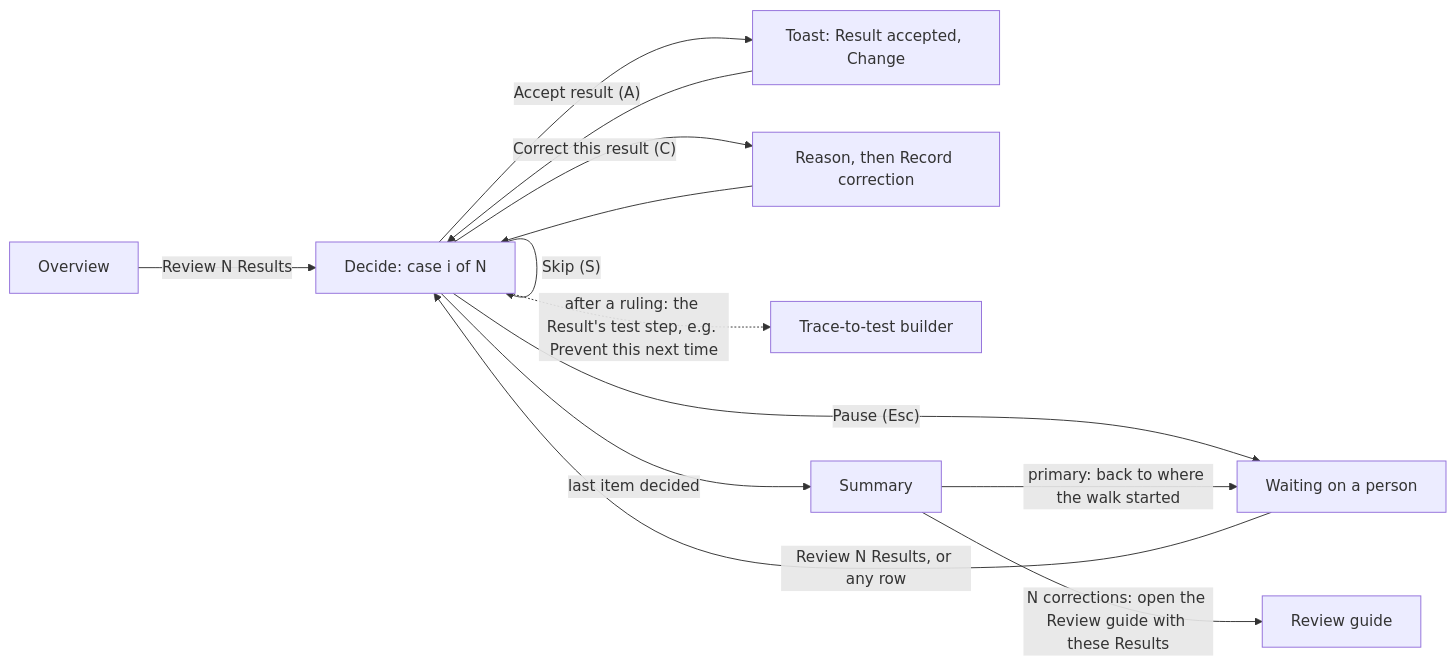
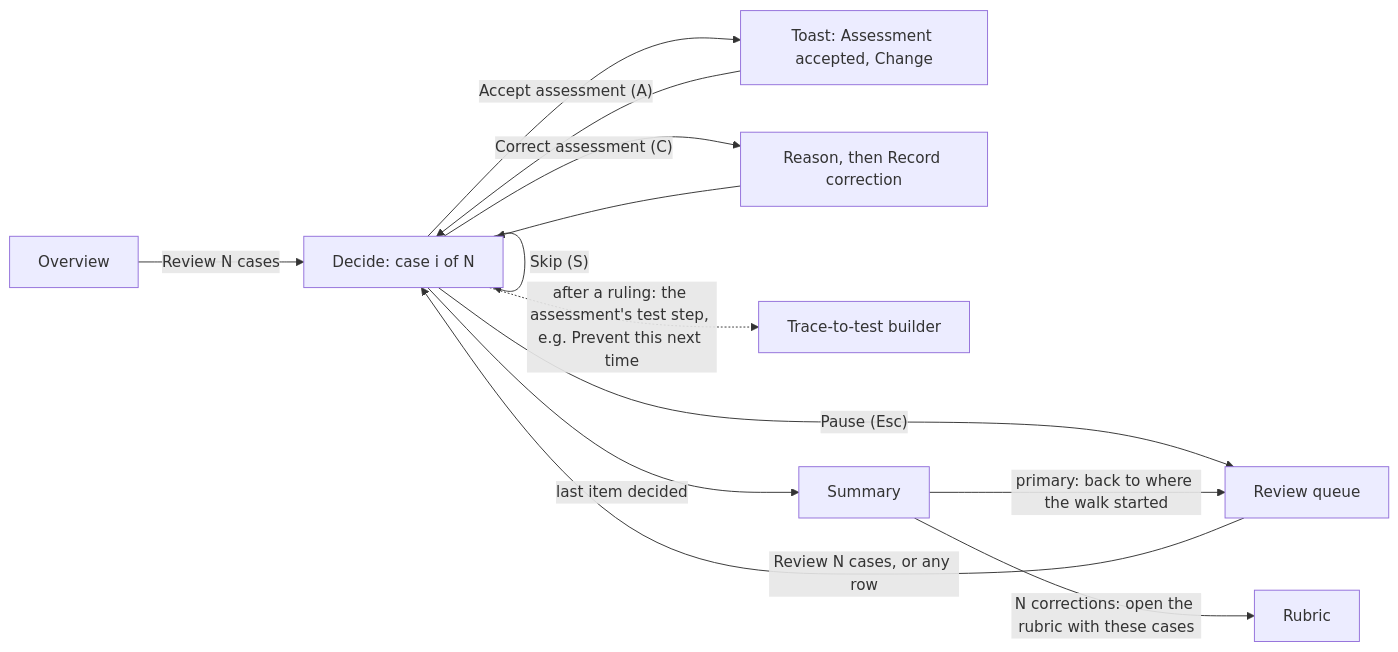
The second of 2 diagrams in docs/ux-audit/2026-09-26-triage-flow.md (luka-zivkovic/coeval), drawn with Mermaid before and after one commit. The commit also changed other lines of this file and 4 other files, not shown here.

````diff
--- a/docs/ux-audit/2026-09-26-triage-flow.md
+++ b/docs/ux-audit/2026-09-26-triage-flow.md
@@ -522,15 +534,15 @@
 ```mermaid
 flowchart LR
-  O[Overview] -->|Review N Results| P
-  Q[Waiting on a person] -->|"Review N Results, or any row"| P[Decide: case i of N]
-  P -->|"Accept result (A)"| U[Toast: Result accepted, Change]
+  O[Overview] -->|Review N cases| P
+  Q[Review queue] -->|"Review N cases, or any row"| P[Decide: case i of N]
+  P -->|"Accept assessment (A)"| U[Toast: Assessment accepted, Change]
   U --> P
-  P -->|"Correct this result (C)"| F[Reason, then Record correction]
+  P -->|"Correct assessment (C)"| F[Reason, then Record correction]
   F --> P
   P -->|"Skip (S)"| P
   P -->|"Pause (Esc)"| Q
   P -->|last item decided| D[Summary]
   D -->|"primary: back to where the walk started"| Q
-  D -->|"N corrections: open the Review guide with these Results"| E[Review guide]
-  P -.->|"after a ruling: the Result's test step, e.g. Prevent this next time"| X[Trace-to-test builder]
+  D -->|"N corrections: open the rubric with these cases"| E[Rubric]
+  P -.->|"after a ruling: the assessment's test step, e.g. Prevent this next time"| X[Trace-to-test builder]
 ```
````
